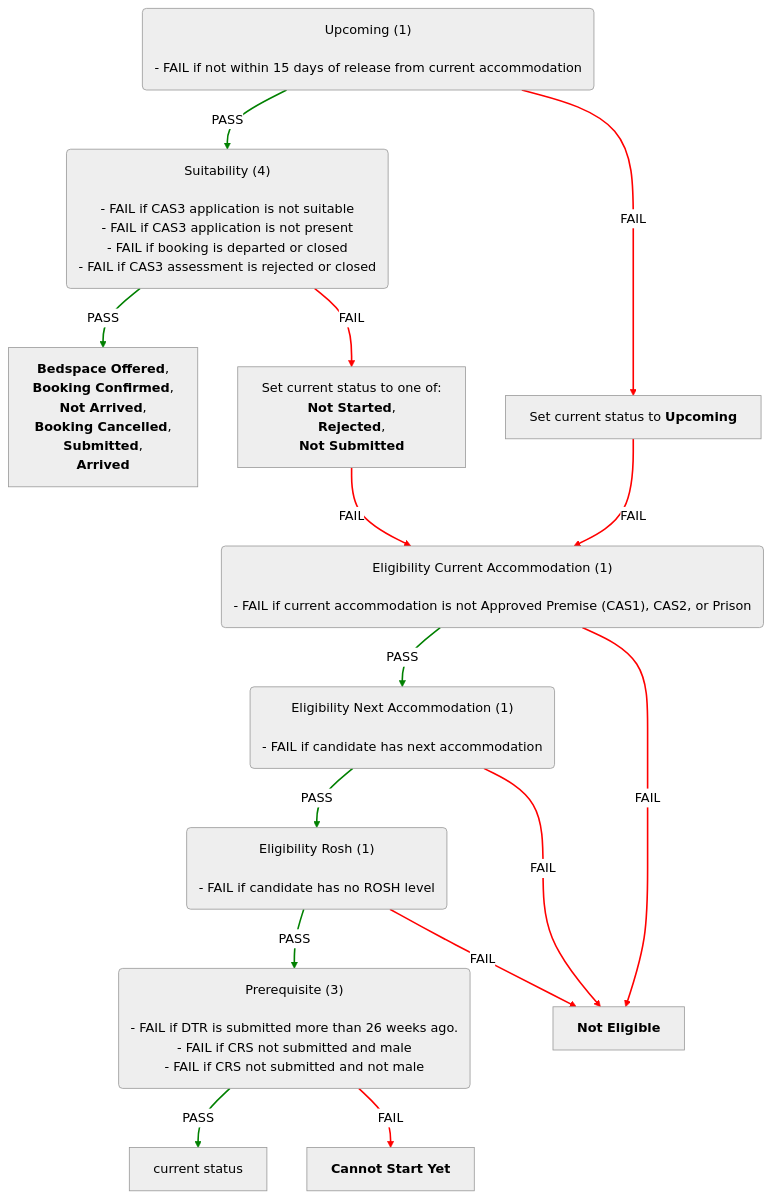
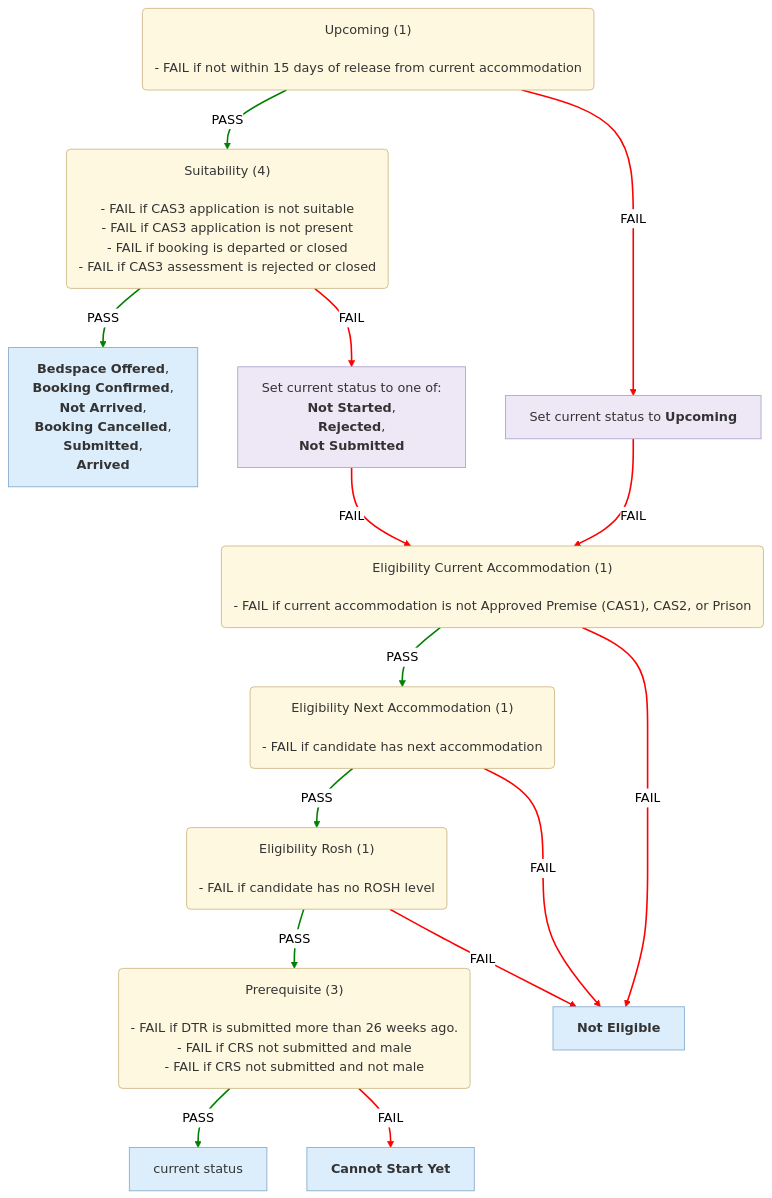
One commit to uk-gov-mirror/ministryofjustice.hmpps-single-accommodation-service-api changed the third of 6 diagrams in docs/eligibility-rules-graph.md. Above: the diagram before and after it, drawn with Mermaid (neutral theme). The commit also changed other lines of this file and 5 other files, not shown here.

Commit message:
chore/SAS-1532-Use-UI-statuses-in-graph-instead-of-enums

````diff
--- a/docs/eligibility-rules-graph.md
+++ b/docs/eligibility-rules-graph.md
@@ -296,57 +308,63 @@
 ```mermaid
 %%{init: {"flowchart": {"wrappingWidth": 800}}}%%
 flowchart TD
   Upcoming("Upcoming (1)
 
 - FAIL if not within 15 days of release from current accommodation")
   Suitability("Suitability (4)
 
 - FAIL if CAS3 application is not suitable
 - FAIL if CAS3 application is not present
 - FAIL if booking is departed or closed
 - FAIL if CAS3 assessment is rejected or closed")
   updater_Bedspace_Offered___Booking_Confirmed___Not_Arrived___Booking_Cancelled___Submitted___Arrived["<b>Bedspace Offered</b>,
  <b>Booking Confirmed</b>,
  <b>Not Arrived</b>,
  <b>Booking Cancelled</b>,
  <b>Submitted</b>,
  <b>Arrived</b>"]
   updater_Set_current_status_to_one_of__Not_Started___Rejected___Not_Submitted["Set current status to one of:
 <b>Not Started</b>,
  <b>Rejected</b>,
  <b>Not Submitted</b>"]
   Eligibility_Current_Accommodation("Eligibility Current Accommodation (1)
 
 - FAIL if current accommodation is not Approved Premise (CAS1), CAS2, or Prison")
   Eligibility_Next_Accommodation("Eligibility Next Accommodation (1)
 
 - FAIL if candidate has next accommodation")
   Eligibility_Rosh("Eligibility Rosh (1)
 
 - FAIL if candidate has no ROSH level")
   Prerequisite("Prerequisite (3)
 
 - FAIL if DTR is submitted more than 26 weeks ago.
 - FAIL if CRS not submitted and male
 - FAIL if CRS not submitted and not male")
   current_status["current status"]
   updater_Cannot_Start_Yet["<b>Cannot Start Yet</b>"]
   Not_Eligible["<b>Not Eligible</b>"]
   updater_Set_current_status_to_Upcoming["Set current status to <b>Upcoming</b>"]
   Suitability -->|PASS| updater_Bedspace_Offered___Booking_Confirmed___Not_Arrived___Booking_Cancelled___Submitted___Arrived
   Suitability -->|FAIL| updater_Set_current_status_to_one_of__Not_Started___Rejected___Not_Submitted
   Prerequisite -->|PASS| current_status
   Prerequisite -->|FAIL| updater_Cannot_Start_Yet
   Eligibility_Rosh -->|PASS| Prerequisite
   Eligibility_Rosh -->|FAIL| Not_Eligible
   Eligibility_Next_Accommodation -->|PASS| Eligibility_Rosh
   Eligibility_Next_Accommodation -->|FAIL| Not_Eligible
   Eligibility_Current_Accommodation -->|PASS| Eligibility_Next_Accommodation
   Eligibility_Current_Accommodation -->|FAIL| Not_Eligible
   updater_Set_current_status_to_one_of__Not_Started___Rejected___Not_Submitted -->|FAIL| Eligibility_Current_Accommodation
   Upcoming -->|PASS| Suitability
   Upcoming -->|FAIL| updater_Set_current_status_to_Upcoming
   updater_Set_current_status_to_Upcoming -->|FAIL| Eligibility_Current_Accommodation
   linkStyle 0,2,4,6,8,11 stroke:green,stroke-width:2px
   linkStyle 1,3,5,7,9,10,12,13 stroke:red,stroke-width:2px
+  classDef ruleSetNode fill:#FFF8E1,stroke:#C9B37E,color:#333
+  classDef outcomeNode fill:#DCEEFB,stroke:#7FA7C9,color:#333
+  classDef updaterNode fill:#EDE7F6,stroke:#A99BC9,color:#333
+  class Upcoming,Suitability,Eligibility_Current_Accommodation,Eligibility_Next_Accommodation,Eligibility_Rosh,Prerequisite ruleSetNode
+  class updater_Bedspace_Offered___Booking_Confirmed___Not_Arrived___Booking_Cancelled___Submitted___Arrived,current_status,updater_Cannot_Start_Yet,Not_Eligible outcomeNode
+  class updater_Set_current_status_to_one_of__Not_Started___Rejected___Not_Submitted,updater_Set_current_status_to_Upcoming updaterNode
 ```
````
